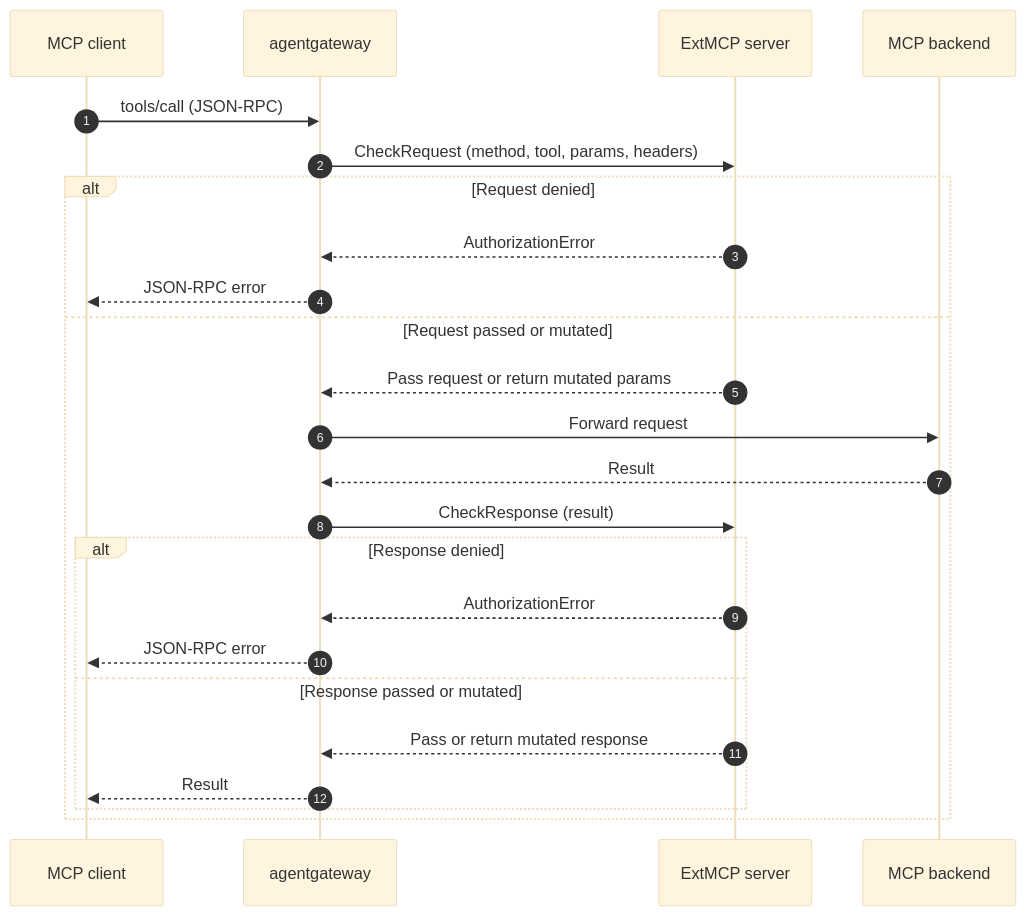
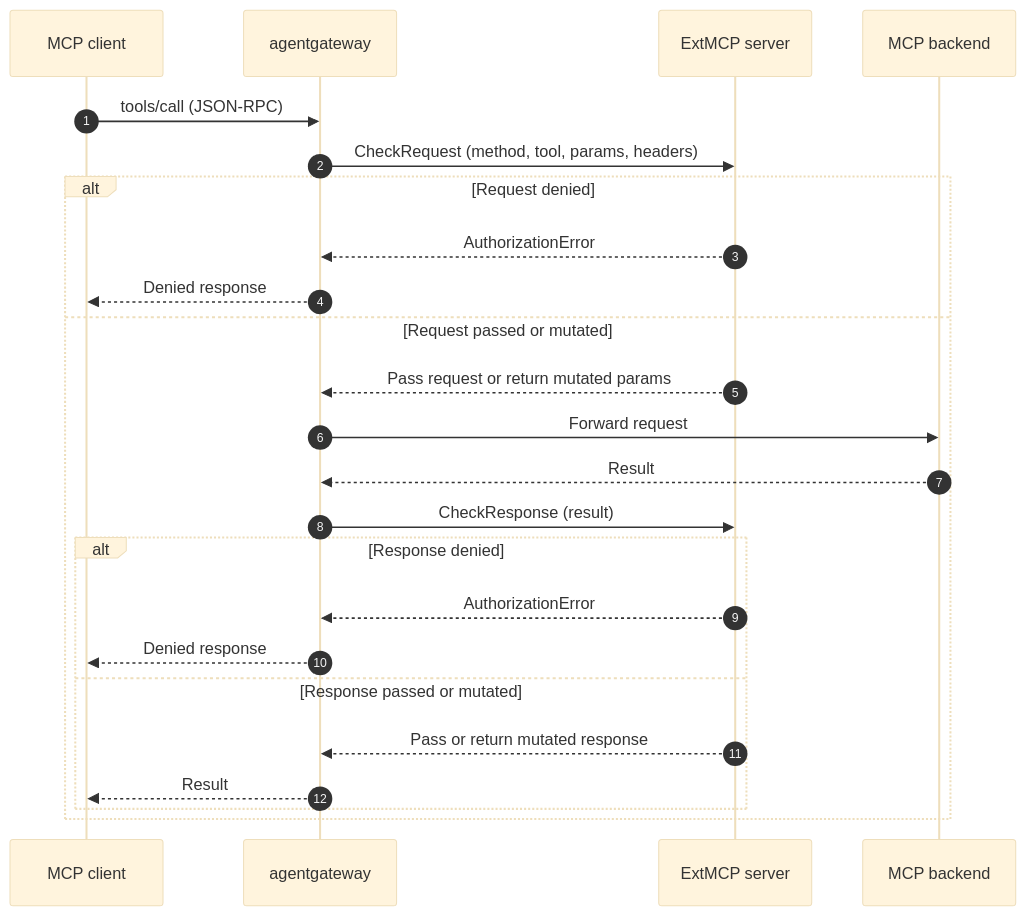
Before and after one commit to agentgateway/website: the diagram in assets/agw-docs/pages/agentgateway/mcp/mcp-guardrails-about.md, drawn with Mermaid (base theme). The commit also changed other lines of this file and 2 other files, not shown here.

Commit message:
[Automated] Draft docs (agentgateway): iterate on mcp errors from gateway on tool call response

````diff
--- a/assets/agw-docs/pages/agentgateway/mcp/mcp-guardrails-about.md
+++ b/assets/agw-docs/pages/agentgateway/mcp/mcp-guardrails-about.md
@@ -20,26 +27,26 @@
 ```mermaid
 sequenceDiagram
     autonumber
     participant Client as MCP client
     participant AGW as agentgateway
     participant Ext as ExtMCP server
     participant MCP as MCP backend
     Client->>AGW: tools/call (JSON-RPC)
     AGW->>Ext: CheckRequest (method, tool, params, headers)
     alt Request denied
         Ext-->>AGW: AuthorizationError
-        AGW-->>Client: JSON-RPC error
+        AGW-->>Client: Denied response
     else Request passed or mutated
         Ext-->>AGW: Pass request or return mutated params
         AGW->>MCP: Forward request
         MCP-->>AGW: Result
         AGW->>Ext: CheckResponse (result)
         alt Response denied
             Ext-->>AGW: AuthorizationError
-            AGW-->>Client: JSON-RPC error
+            AGW-->>Client: Denied response
         else Response passed or mutated
             Ext-->>AGW: Pass or return mutated response
             AGW-->>Client: Result
         end
     end
 ```
````
